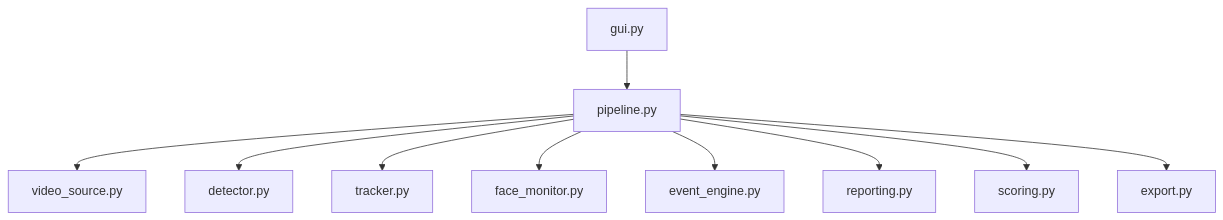
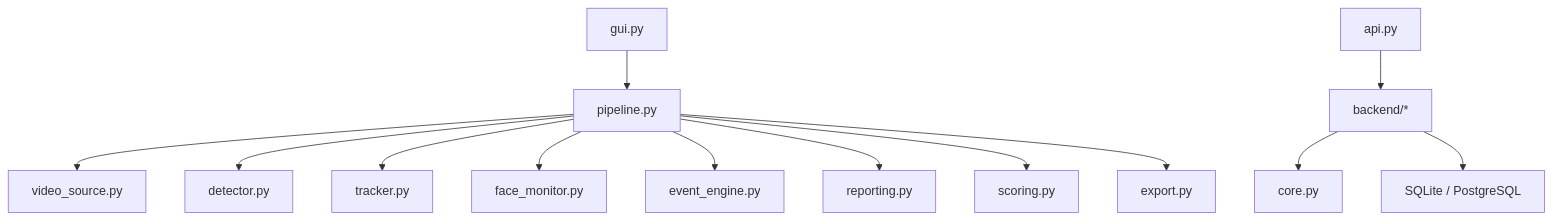
One commit to VirgileDjimgou/DriveGuard-AI changed the second of 3 diagrams in README.md. Above: the diagram before and after it, drawn with Mermaid. The commit also changed other lines of this file and 26 other files, not shown here.

````diff
--- a/README.md
+++ b/README.md
@@ -166,12 +181,15 @@
 ```mermaid
 flowchart TB
     GUI["gui.py"] --> Pipeline["pipeline.py"]
     Pipeline --> Source["video_source.py"]
     Pipeline --> Detector["detector.py"]
     Pipeline --> Tracker["tracker.py"]
     Pipeline --> Face["face_monitor.py"]
     Pipeline --> Engine["event_engine.py"]
     Pipeline --> Report["reporting.py"]
     Pipeline --> Score["scoring.py"]
     Pipeline --> Export["export.py"]
+    API["api.py"] --> Backend["backend/*"]
+    Backend --> Core["core.py"]
+    Backend --> ReportStore["SQLite / PostgreSQL"]
 ```
````
